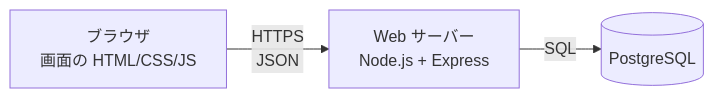
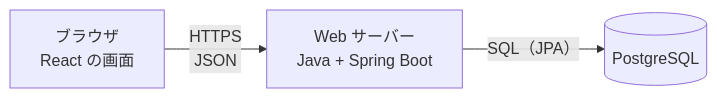
The first of 3 diagrams in docs/api.md (kaitofujitani/tasukumanezimennto), drawn with Mermaid before and after one commit. The commit also changed other lines of this file and 5 other files, not shown here.

Commit message:
技術スタックを Java + Spring Boot・React・PostgreSQL に変更して資料を更新し、画面設計書をもとにした画面のモックを追加

````diff
--- a/docs/api.md
+++ b/docs/api.md
@@ -12,5 +12,5 @@
 ```mermaid
 flowchart LR
-  B[ブラウザ<br>画面の HTML/CSS/JS] -- "HTTPS<br>JSON" --> S[Web サーバー<br>Node.js + Express]
-  S -- SQL --> D[(PostgreSQL)]
+  B[ブラウザ<br>React の画面] -- "HTTPS<br>JSON" --> S[Web サーバー<br>Java + Spring Boot]
+  S -- "SQL（JPA）" --> D[(PostgreSQL)]
 ```
````
